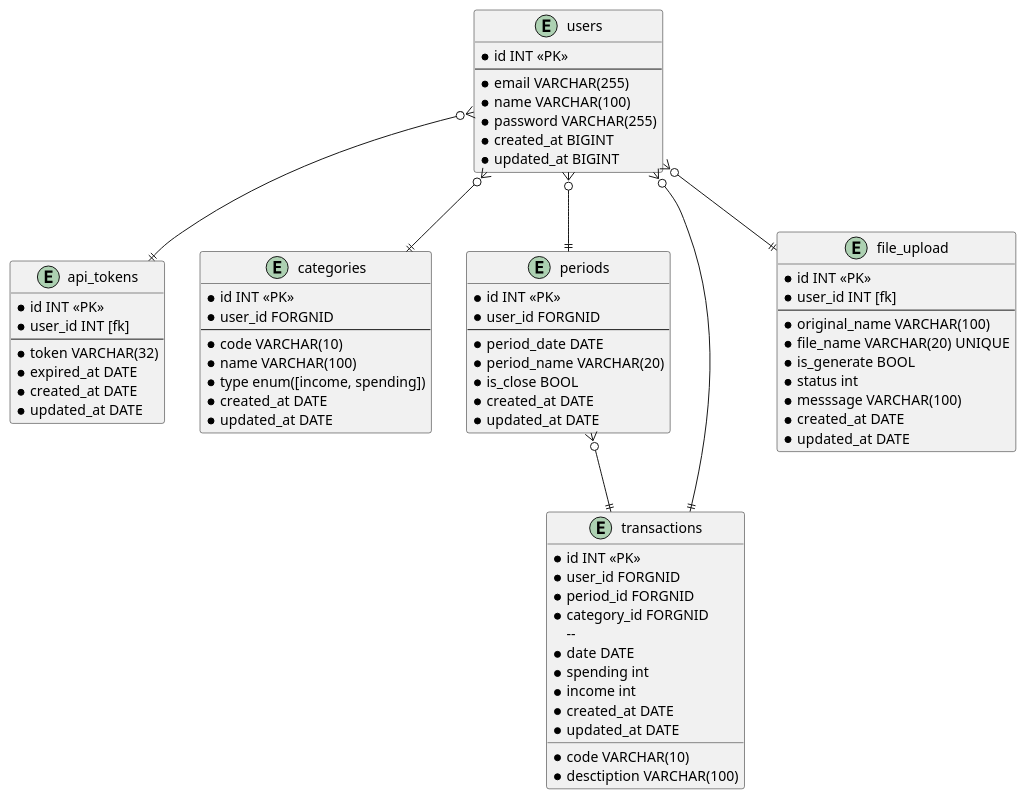
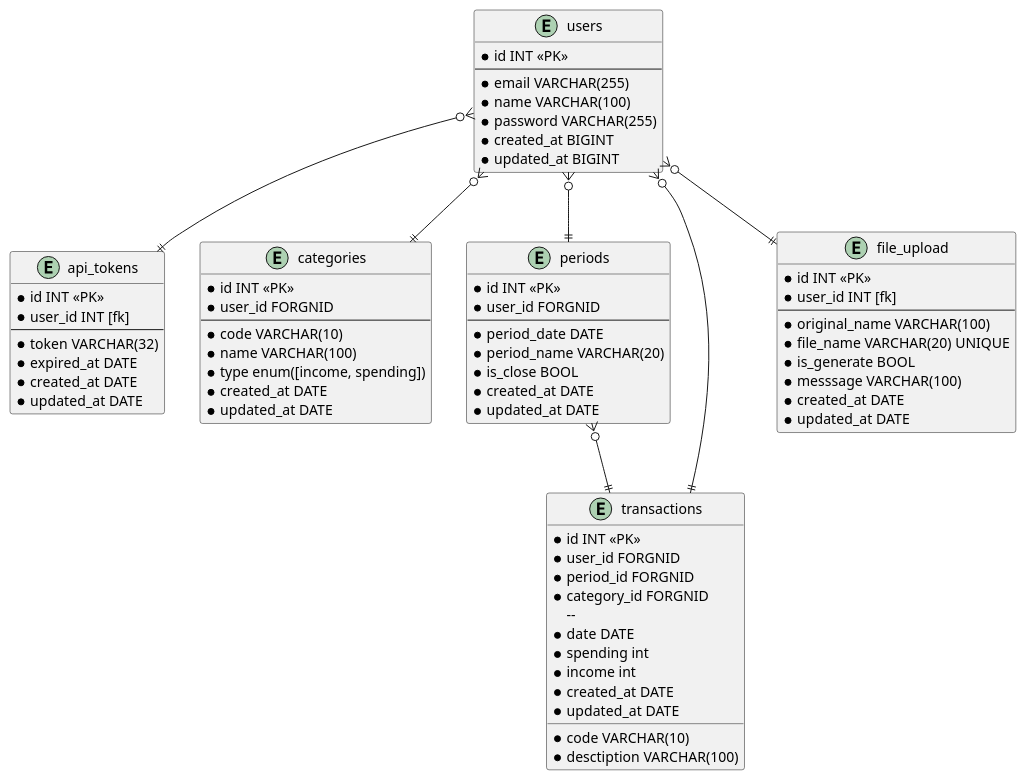
One commit to dinarwijaksono/catet-uang changed the diagram in docs/database/1_1_0.puml. Above: the diagram before and after it, drawn with PlantUML. The commit also changed 5 other files, not shown here.

```diff
--- a/docs/database/1_1_0.puml
+++ b/docs/database/1_1_0.puml
@@ -1,80 +1,79 @@
 @startuml
 
 entity users {
     * id INT <<PK>>
     --
     * email VARCHAR(255)
     * name VARCHAR(100)
     * password VARCHAR(255)
     * created_at BIGINT
     * updated_at BIGINT 
 }
 
 entity api_tokens {
     * id INT <<PK>>
     * user_id INT [fk]
     --
     * token VARCHAR(32)
     * expired_at DATE
     * created_at DATE
     * updated_at DATE 
 }
 
 entity categories {
     * id INT <<PK>>
     * user_id FORGNID
     --
     * code VARCHAR(10)
     * name VARCHAR(100)
     * type enum([income, spending])
     * created_at DATE
     * updated_at DATE
 }
 
 entity periods {
     * id INT <<PK>>
     * user_id FORGNID
     --
     * period_date DATE
     * period_name VARCHAR(20)
     * is_close BOOL
     * created_at DATE
     * updated_at DATE
 }
 
 entity transactions {
     * id INT <<PK>>
     * user_id FORGNID
     * period_id FORGNID
     * category_id FORGNID
     --  
     * code VARCHAR(10)
     * date DATE
     * desctiption VARCHAR(100)
     * spending int
     * income int
     * created_at DATE
     * updated_at DATE 
 }
 
 entity file_upload {
     * id INT <<PK>>
     * user_id INT [fk]
     --
     * original_name VARCHAR(100)
     * file_name VARCHAR(20) UNIQUE
     * is_generate BOOL
-    * status int
     * messsage VARCHAR(100)
     * created_at DATE
     * updated_at DATE 
 }
 
 users }o--|| api_tokens
 users }o--|| categories
 users }o--|| periods
 users }o--|| transactions
 periods }o--|| transactions
 users }o--|| file_upload
 
 @enduml
```
